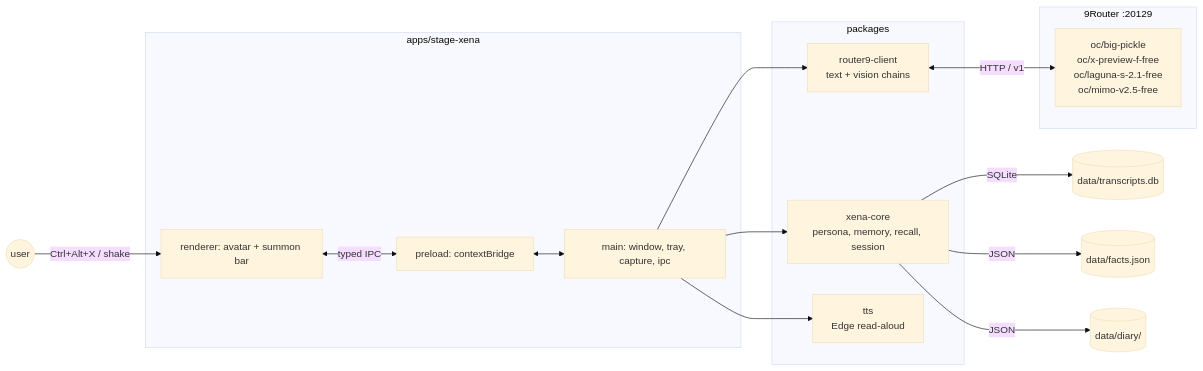
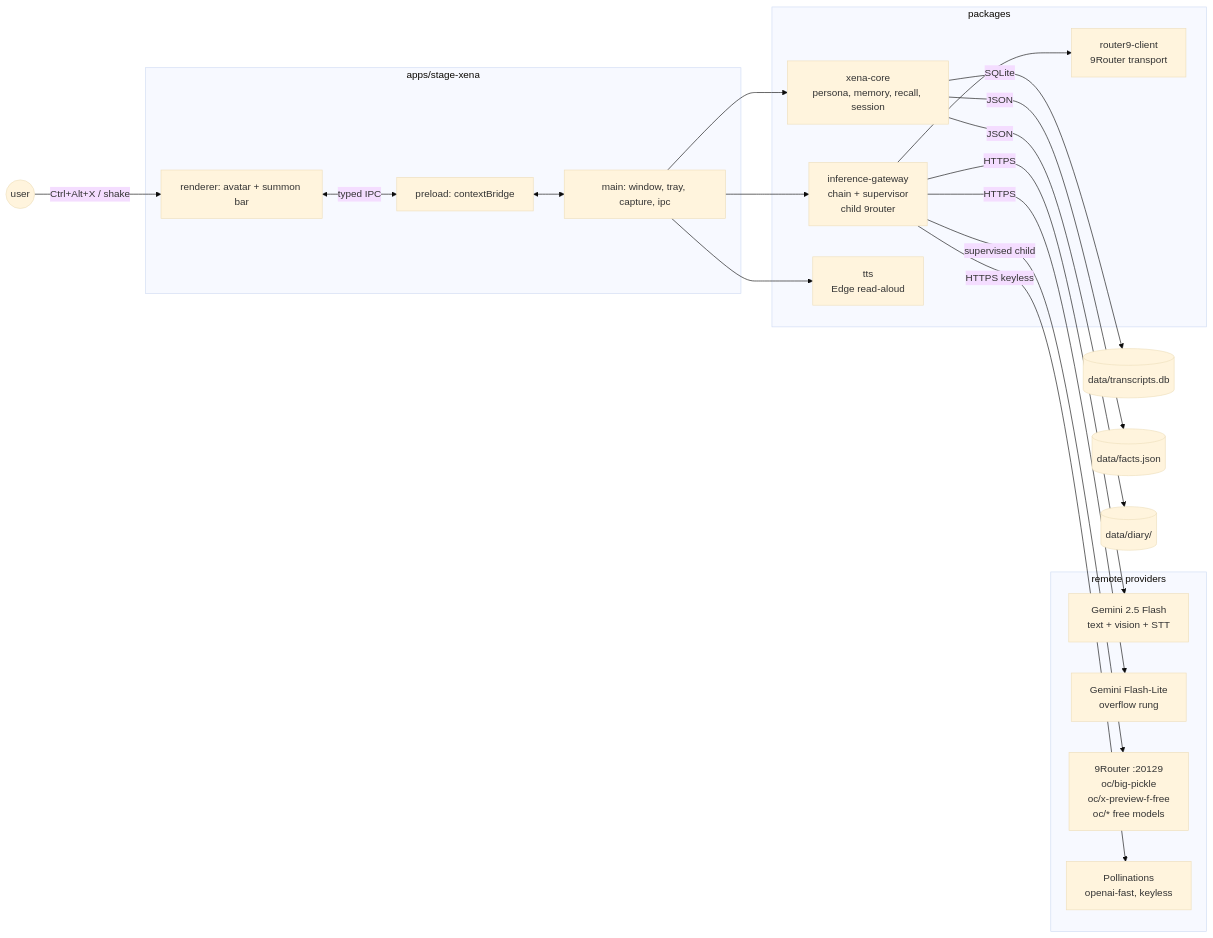
One commit to daniswastaken/xena changed the diagram in README.md. Above: the diagram before and after it, drawn with Mermaid (base theme). The commit also changed other lines of this file and 55 other files, not shown here.

First line of the commit message:
feat: v0.3.0 — inference gateway rework + daughter polish

````diff
--- a/README.md
+++ b/README.md
@@ -171,29 +201,37 @@
 ```mermaid
 flowchart LR
   subgraph App[apps/stage-xena]
     Main[main: window, tray, capture, ipc]
     Preload[preload: contextBridge]
     Render[renderer: avatar + summon bar]
   end
 
   subgraph Core[packages]
-    R9[router9-client\ntext + vision chains]
+    IG[inference-gateway\nchain + supervisor\nchild 9router]
+    R9[router9-client\n9Router transport]
     XC[xena-core\npersona, memory, recall, session]
     TTS[tts\nEdge read-aloud]
   end
 
-  subgraph Host[9Router :20129]
-    Models[oc/big-pickle\noc/x-preview-f-free\noc/laguna-s-2.1-free\noc/mimo-v2.5-free]
+  subgraph Remote[remote providers]
+    G[Gemini 2.5 Flash\ntext + vision + STT]
+    L[Gemini Flash-Lite\noverflow rung]
+    Host[9Router :20129\noc/big-pickle\noc/x-preview-f-free\noc/* free models]
+    P[Pollinations\nopenai-fast, keyless]
   end
 
   User((user)) -->|Ctrl+Alt+X / shake| Render
   Render <-->|typed IPC| Preload
   Preload <--> Main
-  Main --> R9
+  Main --> IG
   Main --> XC
   Main --> TTS
-  R9 <-->|HTTP / v1| Models
+  IG --> R9
+  IG -->|HTTPS| G
+  IG -->|HTTPS| L
+  IG -->|supervised child| Host
+  IG -->|HTTPS keyless| P
   XC -->|SQLite| Data[(data/transcripts.db)]
   XC -->|JSON| Facts[(data/facts.json)]
   XC -->|JSON| Diary[(data/diary/)]
 ```
````
